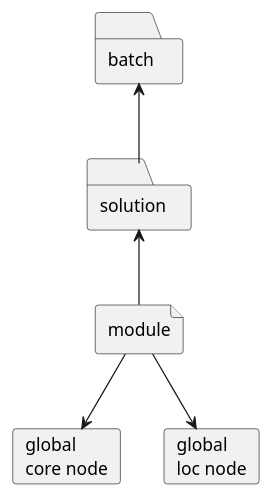
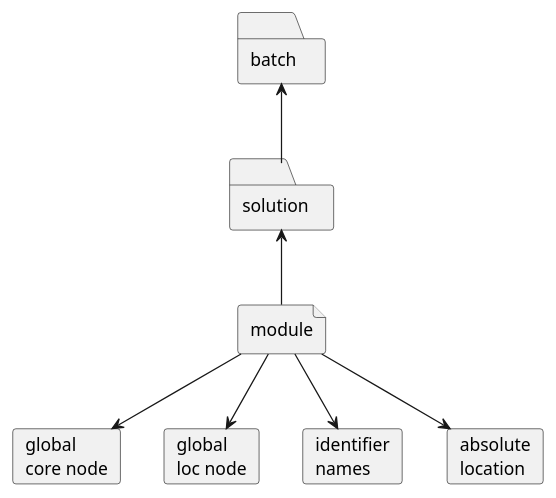
One commit to Karlord19/ContrAST changed the diagram in img/comparatree-floors.plantuml. Above: the diagram before and after it, drawn with PlantUML. The commit also changed 4 other files, not shown here.

```diff
--- a/img/comparatree-floors.plantuml
+++ b/img/comparatree-floors.plantuml
@@ -1,11 +1,15 @@
 @startuml comparatree-floors
 folder "batch" as b
 folder "solution" as s
 file "module" as m
 card "global\ncore node" as c
 card "global\nloc node" as l
+card "identifier\nnames" as n
+card "absolute\nlocation" as a
 s -up-> b
 m -up-> s
 m --> c
 m --> l
+m --> n
+m --> a
 @enduml
```
